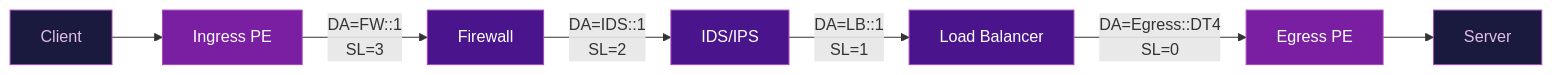
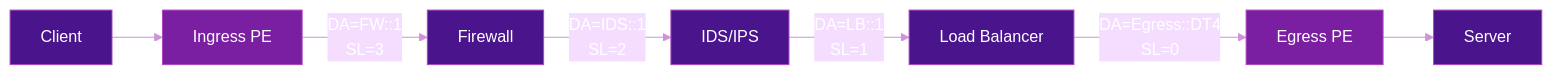
The first of 2 diagrams in docs/use-cases/service-chaining.md (eldaninavas/srv6.md), drawn with Mermaid before and after one commit. The commit also changed other lines of this file and 26 other files, not shown here.

First line of the commit message:
fix: Mermaid diagram text visibility in light mode + categorize RFC nav

````diff
--- a/docs/use-cases/service-chaining.md
+++ b/docs/use-cases/service-chaining.md
@@ -51,17 +51,18 @@
 ```mermaid
+%%{init: {"theme": "base", "themeVariables": {"primaryTextColor": "#fff", "lineColor": "#ce93d8", "textColor": "#fff"}}}%%
 graph LR
     C[Client] --> I[Ingress PE]
     I -->|"DA=FW::1<br/>SL=3"| FW[Firewall]
     FW -->|"DA=IDS::1<br/>SL=2"| IDS[IDS/IPS]
     IDS -->|"DA=LB::1<br/>SL=1"| LB[Load Balancer]
     LB -->|"DA=Egress::DT4<br/>SL=0"| E[Egress PE]
     E --> S[Server]
 
-    style C fill:#1a1a3e,color:#e1bee7,stroke:#ab47bc
-    style S fill:#1a1a3e,color:#e1bee7,stroke:#ab47bc
+    style C fill:#4a148c,color:#fff,stroke:#ab47bc
+    style S fill:#4a148c,color:#fff,stroke:#ab47bc
     style I fill:#7b1fa2,color:#fff,stroke:#ab47bc
     style E fill:#7b1fa2,color:#fff,stroke:#ab47bc
     style FW fill:#4a148c,color:#fff,stroke:#ab47bc
     style IDS fill:#4a148c,color:#fff,stroke:#ab47bc
     style LB fill:#4a148c,color:#fff,stroke:#ab47bc
 ```
````
